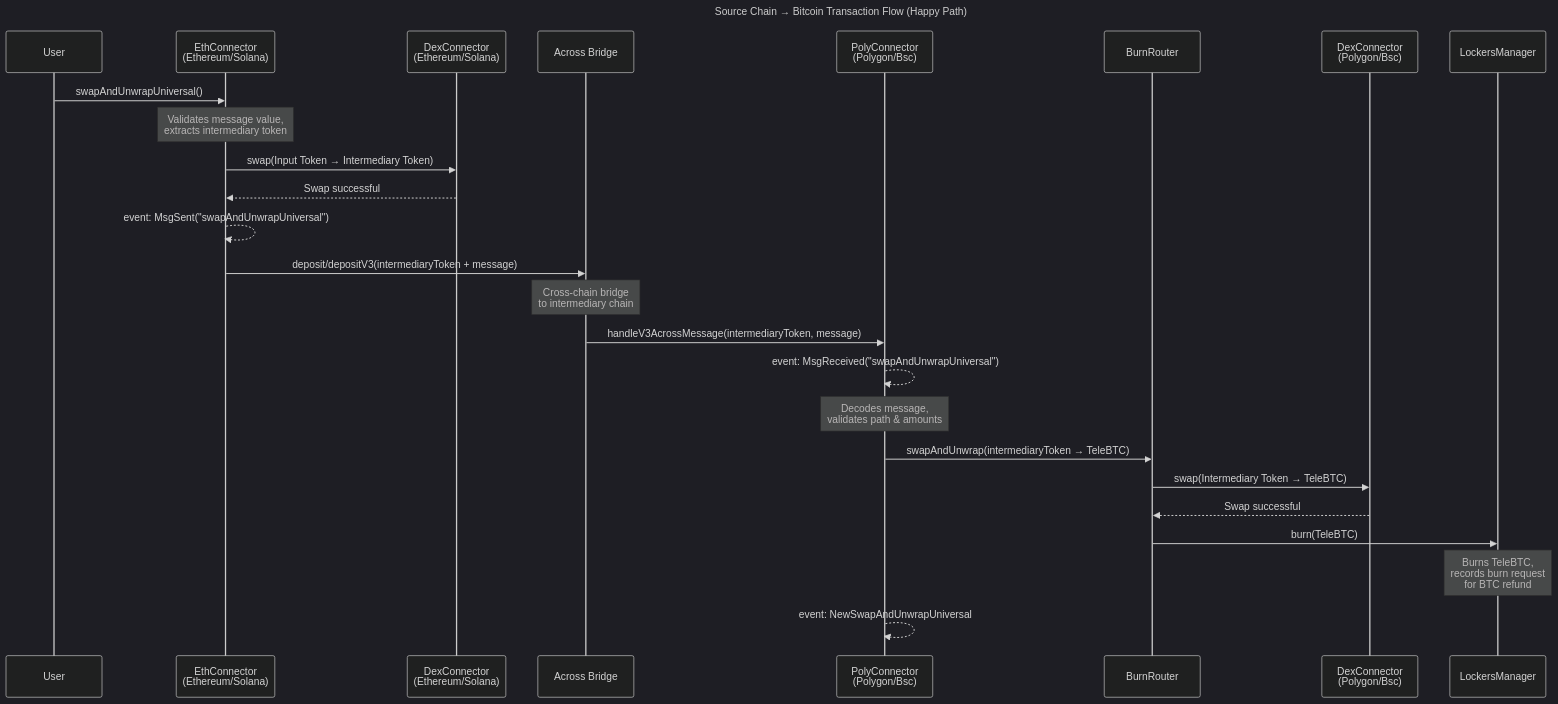
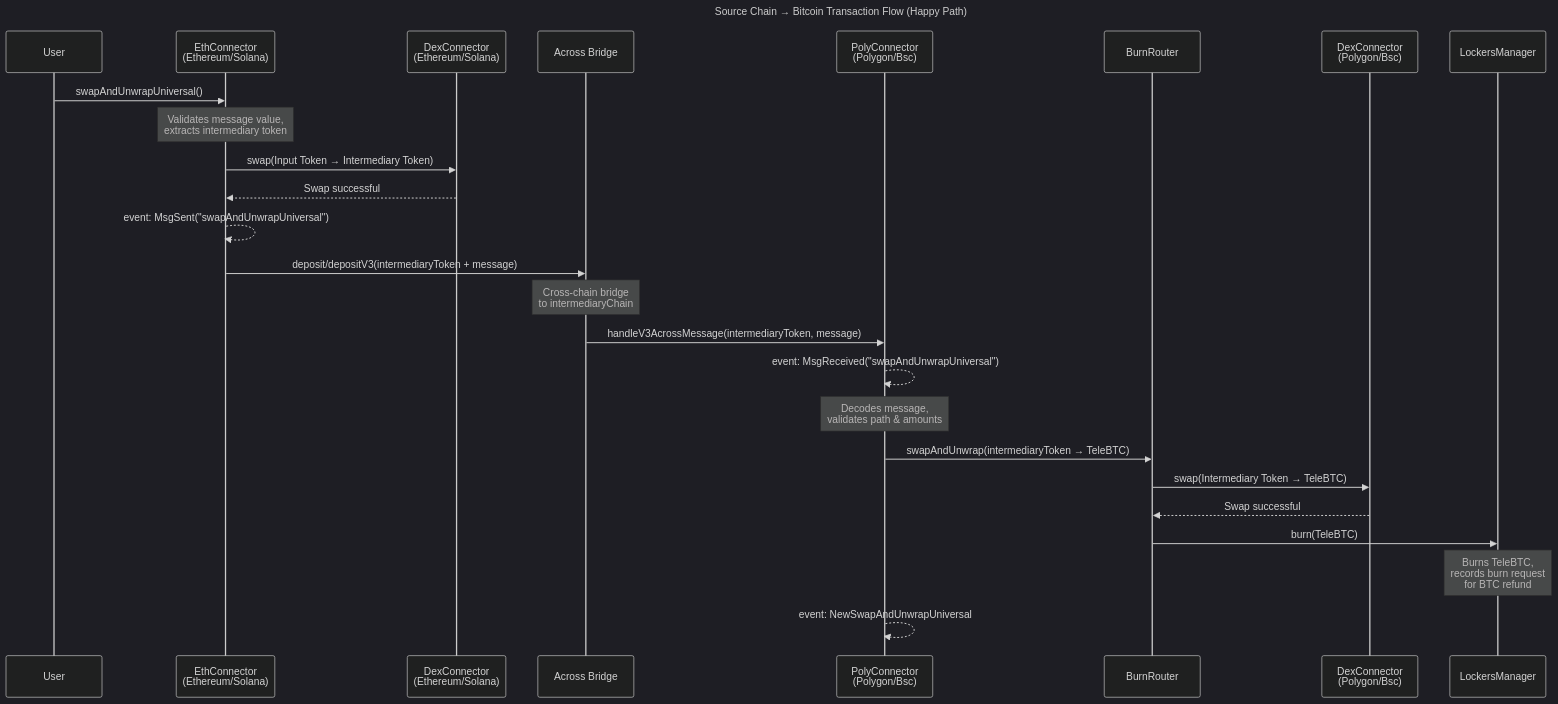
The fourth of 5 diagrams in docs/universal-router.md (TeleportDAO/teleswap-contracts-evm), drawn with Mermaid (dark theme) before and after one commit. The commit also changed other lines of this file and 5 other files, not shown here.

````diff
--- a/docs/universal-router.md
+++ b/docs/universal-router.md
@@ -307,30 +311,30 @@
 ```mermaid
 sequenceDiagram
   title Source Chain → Bitcoin Transaction Flow (Happy Path)
   participant User as User
   participant EthConnector as EthConnector<br/>(Ethereum/Solana)
   participant DexConnectorSource as DexConnector<br/>(Ethereum/Solana)
   participant Across as Across Bridge
   participant PolyConnector as PolyConnector<br/>(Polygon/Bsc)
   participant BurnRouter as BurnRouter
   participant DexConnectorPoly as DexConnector<br/>(Polygon/Bsc)
   participant LockersManager as LockersManager
 
   User->>EthConnector: swapAndUnwrapUniversal()
   Note over EthConnector: Validates message value,<br/>extracts intermediary token
   EthConnector->>DexConnectorSource: swap(Input Token → Intermediary Token)
   DexConnectorSource-->>EthConnector: Swap successful
   EthConnector-->>EthConnector: event: MsgSent("swapAndUnwrapUniversal")
   EthConnector->>Across: deposit/depositV3(intermediaryToken + message)
-  Note over Across: Cross-chain bridge<br/>to intermediary chain
+  Note over Across: Cross-chain bridge<br/>to intermediaryChain
 
   Across->>PolyConnector: handleV3AcrossMessage(intermediaryToken, message)
   PolyConnector-->>PolyConnector: event: MsgReceived("swapAndUnwrapUniversal")
   Note over PolyConnector: Decodes message,<br/>validates path & amounts
   PolyConnector->>BurnRouter: swapAndUnwrap(intermediaryToken → TeleBTC)
   BurnRouter->>DexConnectorPoly: swap(Intermediary Token → TeleBTC)
   DexConnectorPoly-->>BurnRouter: Swap successful
   BurnRouter->>LockersManager: burn(TeleBTC)
   Note over LockersManager: Burns TeleBTC,<br/>records burn request<br/>for BTC refund
   PolyConnector-->>PolyConnector: event: NewSwapAndUnwrapUniversal
 ```
````
